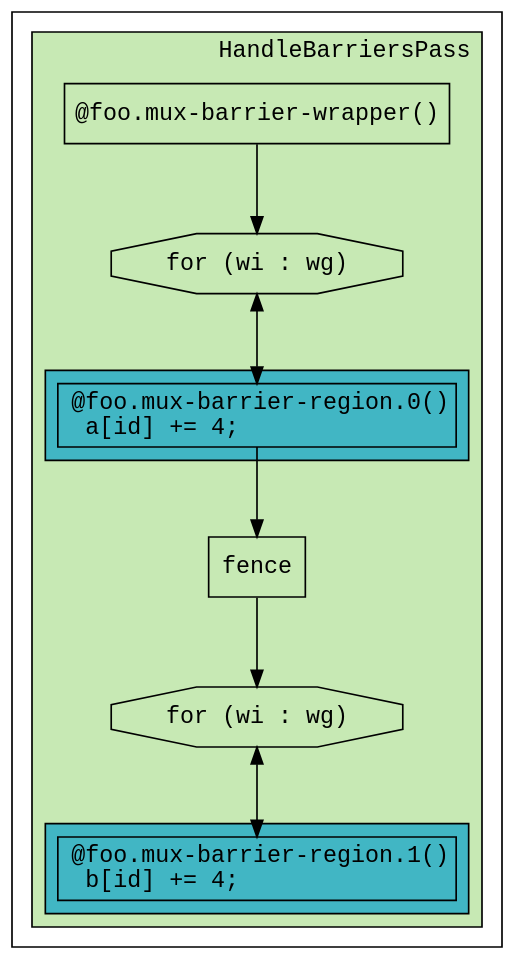
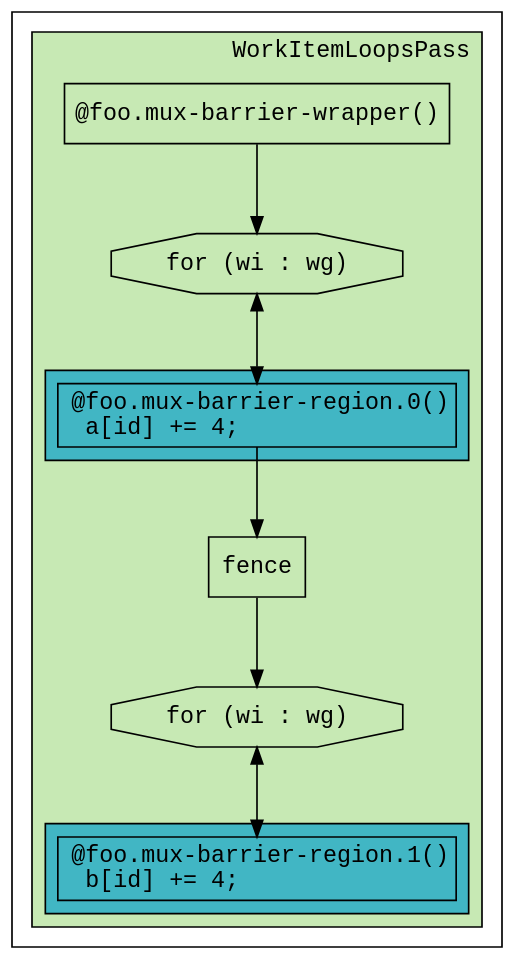
Before and after one commit to coldav/oneapi-construction-kit: the fourth of 5 diagrams in llvm/lib/SYCLNativeCPUUtils/compiler_passes/compiler_pipeline/docs/overview.rst, drawn with Graphviz. The commit also changed other lines of this file and 2 other files, not shown here.

First line of the commit message:
[compiler] Rename HandleBarriersPass -> WorkItemLoopsPass

```diff
--- a/llvm/lib/SYCLNativeCPUUtils/compiler_passes/compiler_pipeline/docs/overview.rst
+++ b/llvm/lib/SYCLNativeCPUUtils/compiler_passes/compiler_pipeline/docs/overview.rst
@@ -611,74 +611,74 @@
 .. graphviz::
   :name: ComputeMux Barrier Layout
-  :caption: How a simple barrier is laid out by HandleBarriersPass
+  :caption: How a simple barrier is laid out by WorkItemLoopsPass
 
   digraph ExecutionModel {
     ranksep=0.75
     compound = true;
     graph [colorscheme=ylgnbu9];
 
     graph [fontname = "Courier New"];
     node [fontname = "Courier New"];
     edge [fontname = "Courier New"];
 
     BarrierWrapper [
       shape = box;
       label = "@foo.mux-barrier-wrapper()";
     ];
 
     OrigKernel0 [
       shape = box;
       label = "@foo.mux-barrier-region.0()\l  a[id] += 4;\l";
     ];
     OrigKernel1 [
       shape = box;
       label = "@foo.mux-barrier-region.1()\l  b[id] += 4;\l";
     ];
     Fence [
       shape = box;
       label = "fence";
     ]
 
 
     Link1 [
       shape = octagon;
       label = "for (wi : wg)";
     ]
     Link2 [
       shape = octagon;
       label = "for (wi : wg)";
     ]
 
     subgraph cluster_barrier_wrapper {
       bgcolor=3
-      label="HandleBarriersPass";
+      label="WorkItemLoopsPass";
       labeljust=r
 
       BarrierWrapper
       Link1
 
       subgraph cluster_foo {
         bgcolor=5
         label="";
 
         OrigKernel0;
       }
 
       Fence
 
       Link2
 
       subgraph cluster_foo2 {
         bgcolor=5
         label="";
 
         OrigKernel1;
       }
     }
 
     BarrierWrapper -> Link1
     Link1 -> OrigKernel0 [dir=both]
     OrigKernel0 -> Fence
     Fence -> Link2
     Link2 -> OrigKernel1 [dir=both]
   }
```
